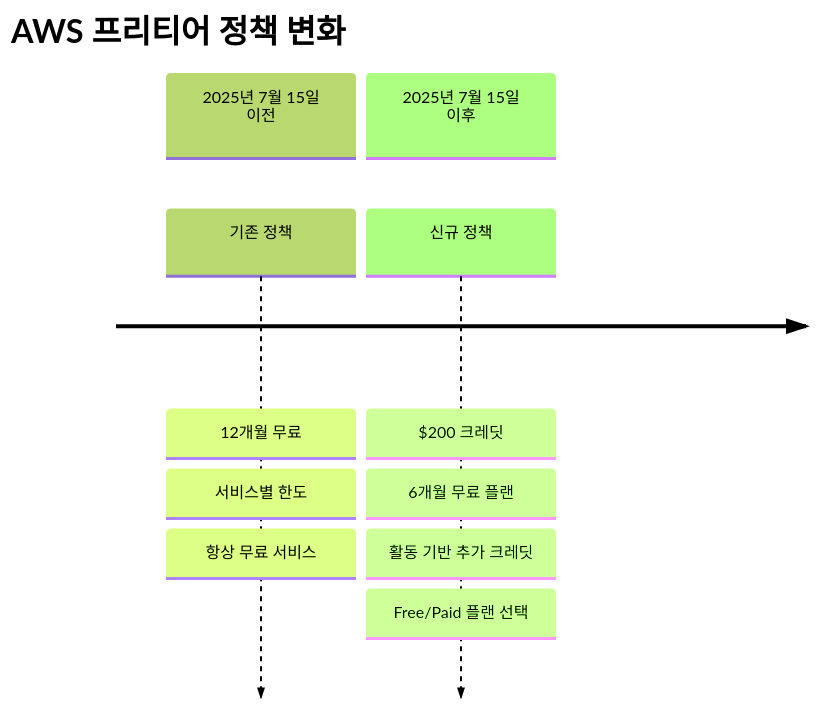
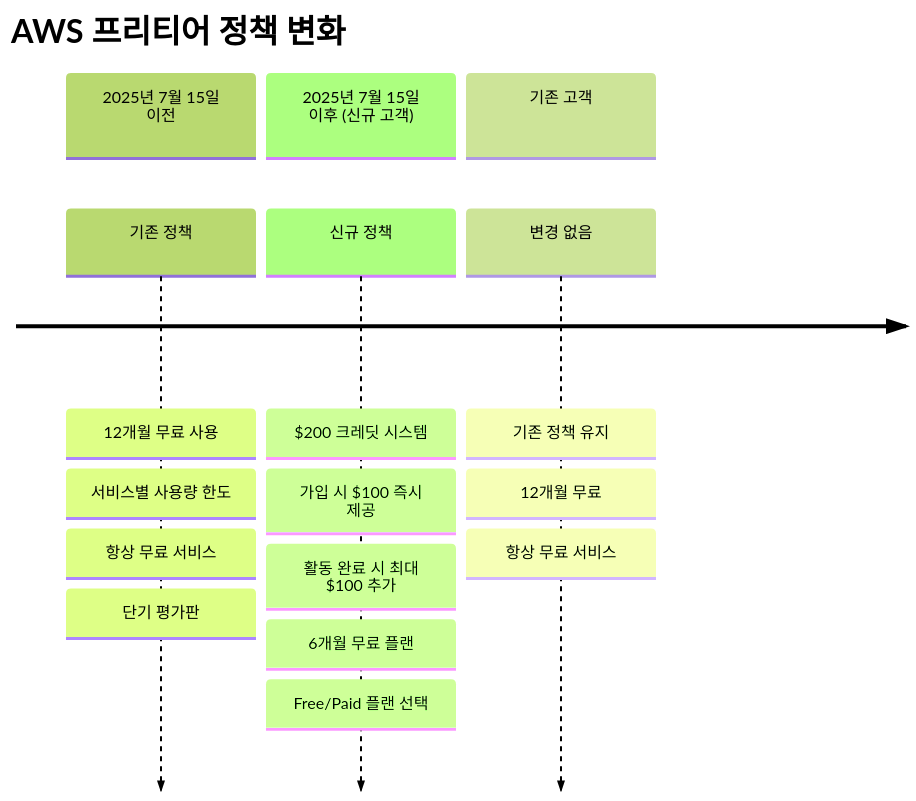
The tenth of 11 diagrams in theory/week_05/day1/session_1.md (niceguy61/kdt_devops_lecture_2025), drawn with Mermaid (forest theme) before and after one commit. The commit also changed other lines of this file, not shown here.

````diff
--- a/theory/week_05/day1/session_1.md
+++ b/theory/week_05/day1/session_1.md
@@ -463,13 +493,19 @@
 ```mermaid
 timeline
     title AWS 프리티어 정책 변화
     section 2025년 7월 15일 이전
-        기존 정책 : 12개월 무료
-                  : 서비스별 한도
+        기존 정책 : 12개월 무료 사용
+                  : 서비스별 사용량 한도
                   : 항상 무료 서비스
-    section 2025년 7월 15일 이후
-        신규 정책 : $200 크레딧
+                  : 단기 평가판
+    section 2025년 7월 15일 이후 (신규 고객)
+        신규 정책 : $200 크레딧 시스템
+                  : 가입 시 $100 즉시 제공
+                  : 활동 완료 시 최대 $100 추가
                   : 6개월 무료 플랜
-                  : 활동 기반 추가 크레딧
                   : Free/Paid 플랜 선택
+    section 기존 고객
+        변경 없음 : 기존 정책 유지
+                  : 12개월 무료
+                  : 항상 무료 서비스
 ```
````
